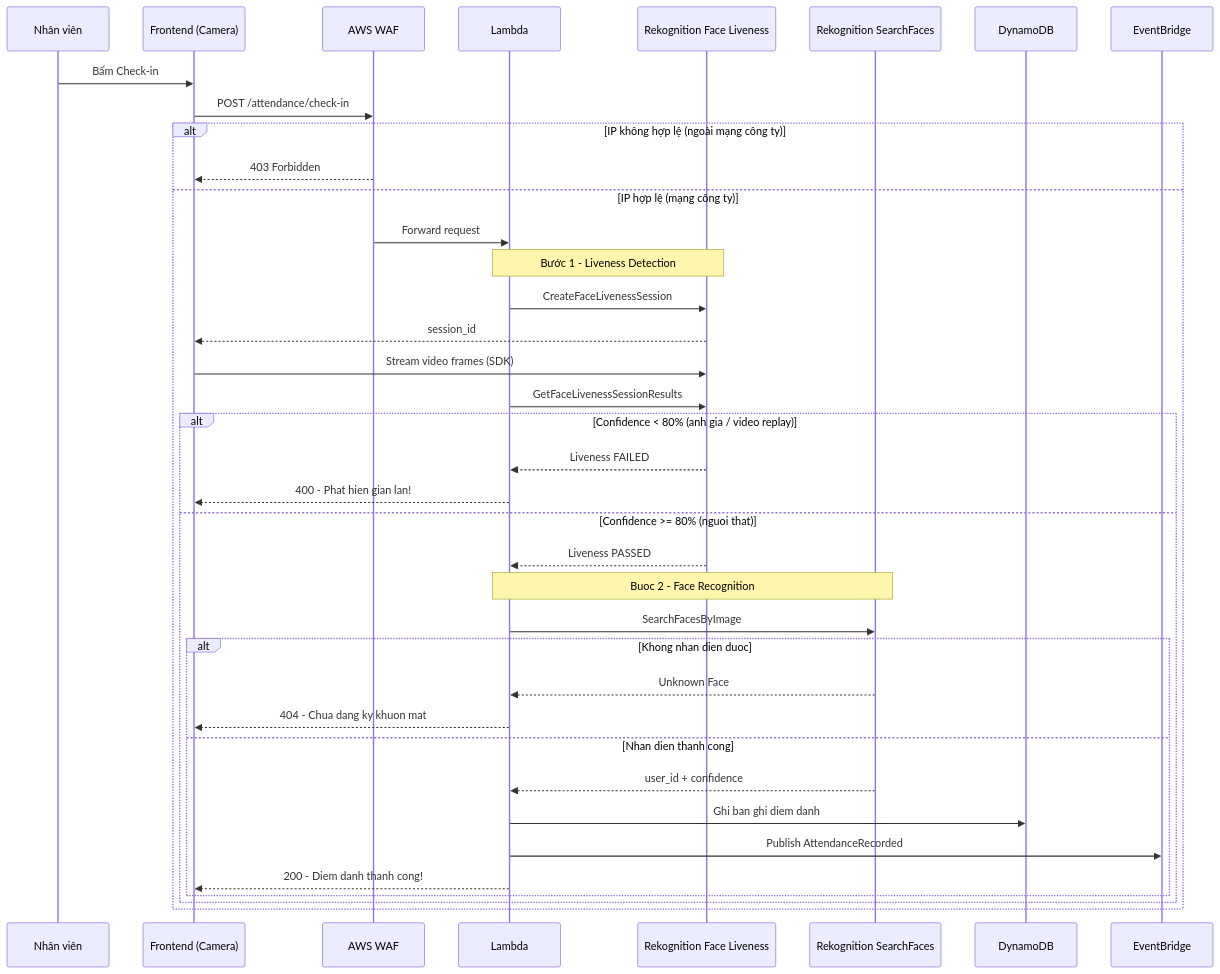
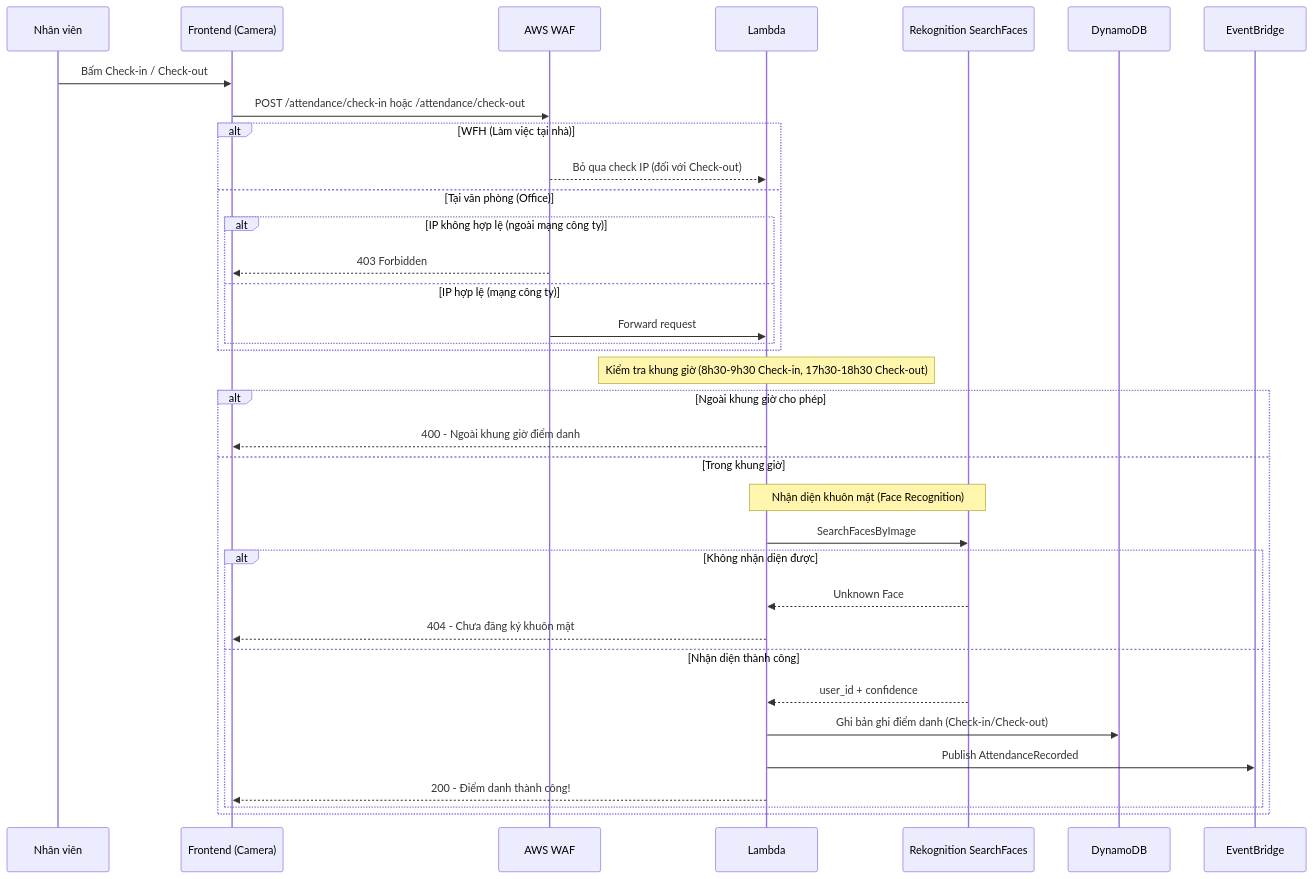
Before and after one commit to danhdct122c3/smart_campus: the second of 3 diagrams in docs/Architecture_Overview.md, drawn with Mermaid. The commit also changed other lines of this file and 272 other files, not shown here.

````diff
--- a/docs/Architecture_Overview.md
+++ b/docs/Architecture_Overview.md
@@ -115,46 +113,41 @@
 ```mermaid
 sequenceDiagram
     participant E as Nhân viên
     participant FE as Frontend (Camera)
     participant WAF as AWS WAF
     participant L as Lambda
-    participant FL as Rekognition Face Liveness
     participant FR as Rekognition SearchFaces
     participant DB as DynamoDB
     participant EB as EventBridge
 
-    E->>FE: Bấm Check-in
-    FE->>WAF: POST /attendance/check-in
+    E->>FE: Bấm Check-in / Check-out
+    FE->>WAF: POST /attendance/check-in hoặc /attendance/check-out
 
-    alt IP không hợp lệ (ngoài mạng công ty)
-        WAF-->>FE: 403 Forbidden
-    else IP hợp lệ (mạng công ty)
-        WAF->>L: Forward request
+    alt WFH (Làm việc tại nhà)
+        WAF-->>L: Bỏ qua check IP (đối với Check-out)
+    else Tại văn phòng (Office)
+        alt IP không hợp lệ (ngoài mạng công ty)
+            WAF-->>FE: 403 Forbidden
+        else IP hợp lệ (mạng công ty)
+            WAF->>L: Forward request
+        end
+    end
 
-        Note over L,FL: Bước 1 - Liveness Detection
-        L->>FL: CreateFaceLivenessSession
-        FL-->>FE: session_id
-        FE->>FL: Stream video frames (SDK)
-        L->>FL: GetFaceLivenessSessionResults
+    Note over L: Kiểm tra khung giờ (8h30-9h30 Check-in, 17h30-18h30 Check-out)
+    alt Ngoài khung giờ cho phép
+        L-->>FE: 400 - Ngoài khung giờ điểm danh
+    else Trong khung giờ
+        Note over L,FR: Nhận diện khuôn mặt (Face Recognition)
+        L->>FR: SearchFacesByImage
 
-        alt Confidence < 80% (anh gia / video replay)
-            FL-->>L: Liveness FAILED
-            L-->>FE: 400 - Phat hien gian lan!
-        else Confidence >= 80% (nguoi that)
-            FL-->>L: Liveness PASSED
-
-            Note over L,FR: Buoc 2 - Face Recognition
-            L->>FR: SearchFacesByImage
-
-            alt Khong nhan dien duoc
-                FR-->>L: Unknown Face
-                L-->>FE: 404 - Chua dang ky khuon mat
-            else Nhan dien thanh cong
-                FR-->>L: user_id + confidence
-                L->>DB: Ghi ban ghi diem danh
-                L->>EB: Publish AttendanceRecorded
-                L-->>FE: 200 - Diem danh thanh cong!
-            end
+        alt Không nhận diện được
+            FR-->>L: Unknown Face
+            L-->>FE: 404 - Chưa đăng ký khuôn mặt
+        else Nhận diện thành công
+            FR-->>L: user_id + confidence
+            L->>DB: Ghi bản ghi điểm danh (Check-in/Check-out)
+            L->>EB: Publish AttendanceRecorded
+            L-->>FE: 200 - Điểm danh thành công!
         end
     end
 ```
````
